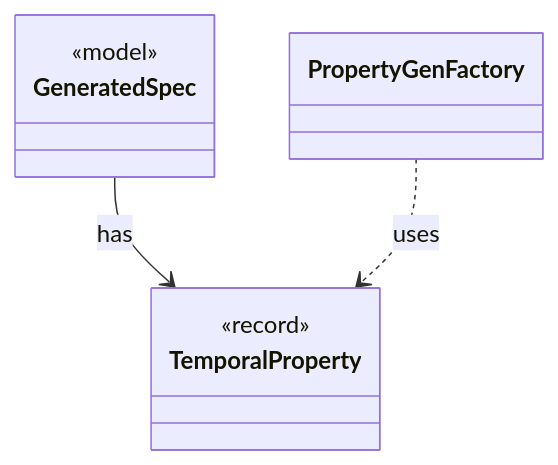
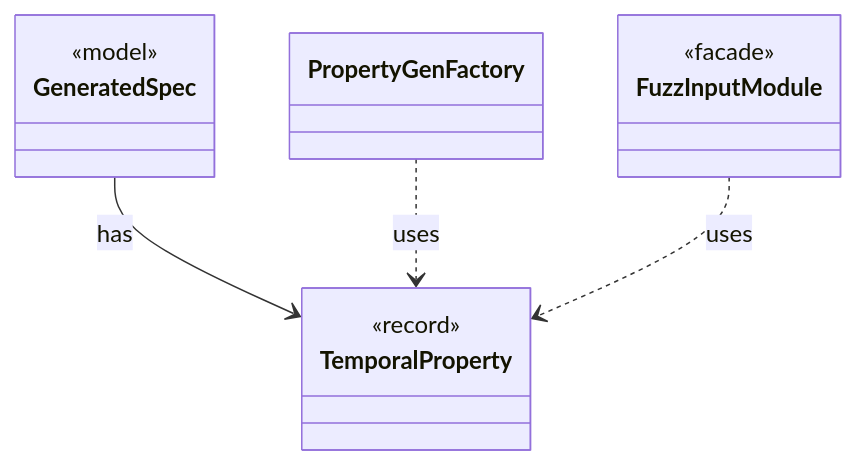
Before and after one commit to tlaplus/model-checker-hardening: the diagram in dev/types/io.github.tlaplus.hardening.gen.TemporalProperty.md, drawn with Mermaid. The commit also changed other lines of this file and 405 other files, not shown here.

````diff
--- a/dev/types/io.github.tlaplus.hardening.gen.TemporalProperty.md
+++ b/dev/types/io.github.tlaplus.hardening.gen.TemporalProperty.md
@@ -9,12 +9,16 @@
 ```mermaid
 classDiagram
   class TemporalProperty {
     <<record>>
   }
   class GeneratedSpec {
     <<model>>
   }
   class PropertyGenFactory
+  class FuzzInputModule {
+    <<facade>>
+  }
   GeneratedSpec --> TemporalProperty : has
   PropertyGenFactory ..> TemporalProperty : uses
+  FuzzInputModule ..> TemporalProperty : uses
 ```
````
